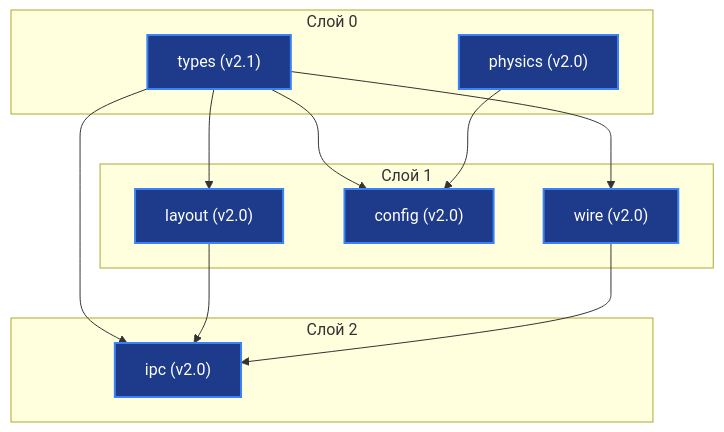
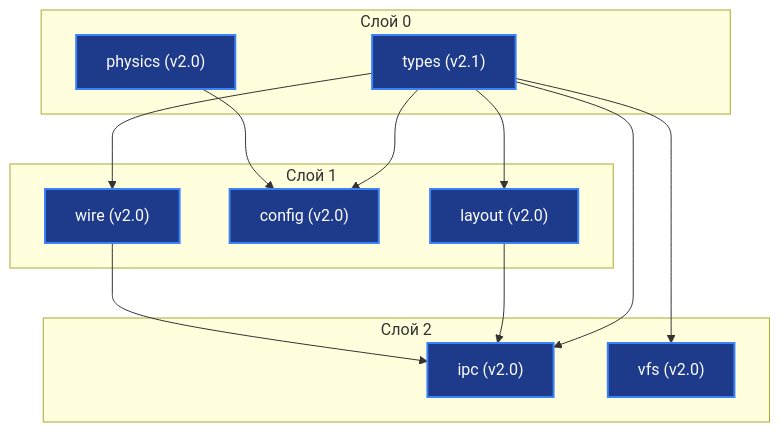
The diagram in docs/engine/INDEX.md (H4V1K-dev/axicor_enterprise), drawn with Mermaid before and after one commit. The commit also changed other lines of this file and 1 other file, not shown here.

Commit message:
docs: add INDEX.md and vfs_spec.md documentation for the engine

````diff
--- a/docs/engine/INDEX.md
+++ b/docs/engine/INDEX.md
@@ -9,26 +9,28 @@
 ```mermaid
 graph TD
     subgraph L0["Слой 0"]
         types["types (v2.1)"]
         physics["physics (v2.0)"]
     end
     subgraph L1["Слой 1"]
         layout["layout (v2.0)"]
         config["config (v2.0)"]
         wire["wire (v2.0)"]
     end
     subgraph L2["Слой 2"]
         ipc["ipc (v2.0)"]
+        vfs["vfs (v2.0)"]
     end
 
     types --> layout
     types --> config
     types --> wire
     types --> ipc
+    types --> vfs
     physics --> config
     layout --> ipc
     wire --> ipc
 
     classDef active fill:#1e3a8a,stroke:#3b82f6,stroke-width:2px,color:#fff;
-    class types,physics,layout,config,wire,ipc active;
+    class types,physics,layout,config,wire,ipc,vfs active;
 ```
````
